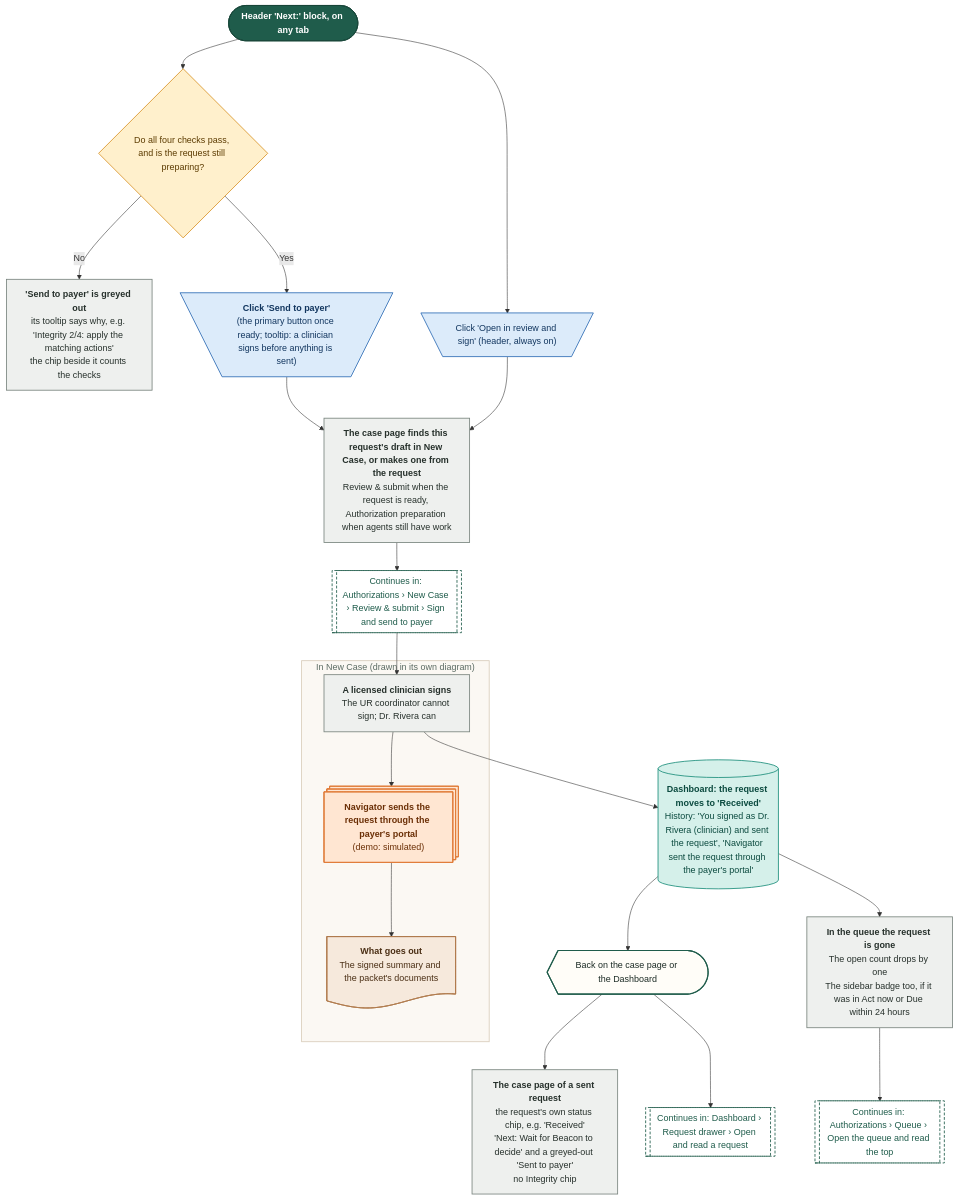
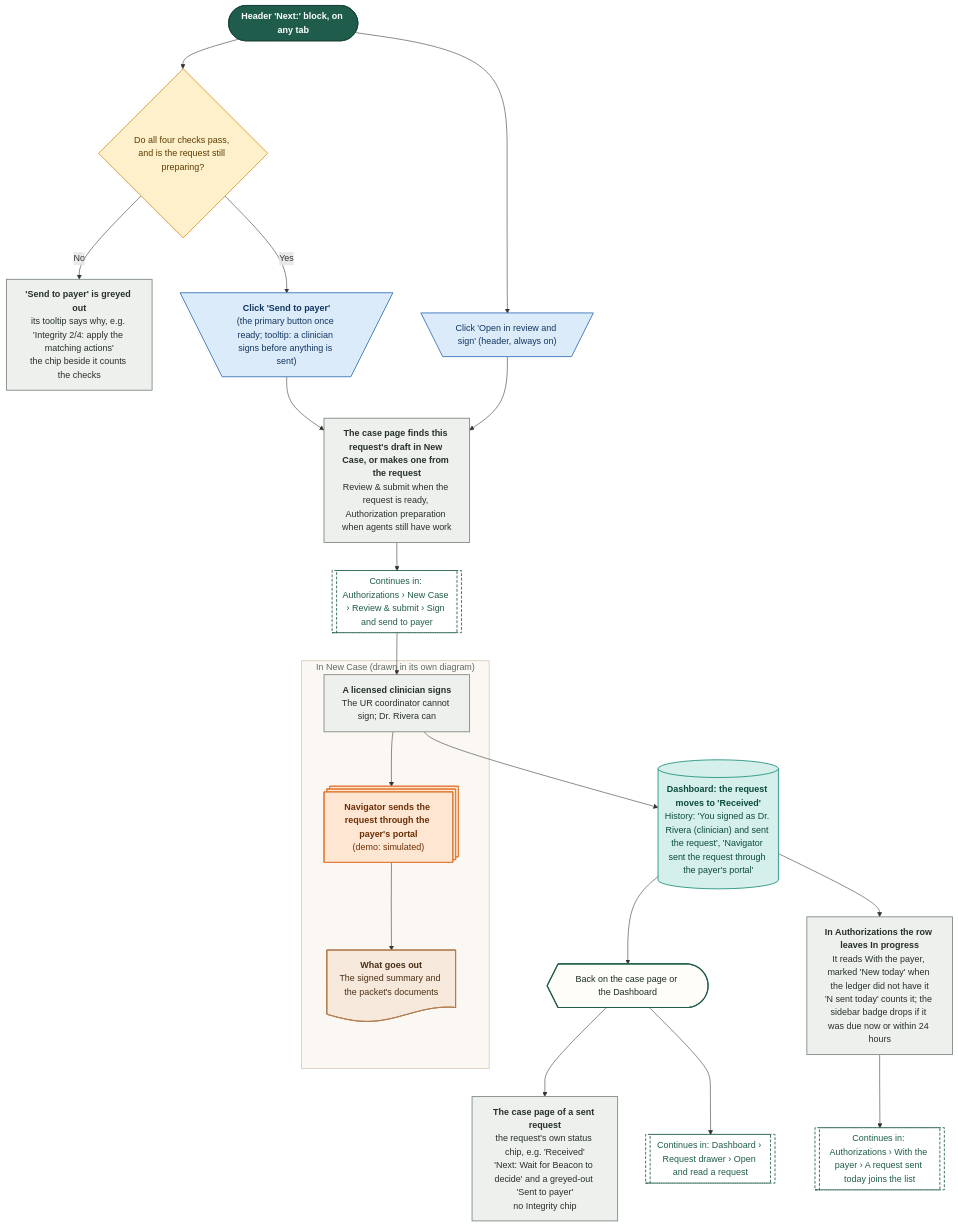
One commit to Shrav143/psyfloapp changed diagram 36 of 38 in demos/prior-auth-demo/workflows/out/md/03-authorizations.md. Above: the diagram before and after it, drawn with Mermaid. The commit also changed other lines of this file and 113 other files, not shown here.

First line of the commit message:
docs: workflow diagrams for the merged Authorizations (worklist, approved, reviews and tracked cases, sidebar arrow), every link retargeted, 336 diagrams

````diff
--- a/demos/prior-auth-demo/workflows/out/md/03-authorizations.md
+++ b/demos/prior-auth-demo/workflows/out/md/03-authorizations.md
@@ -2503,58 +2837,58 @@
 ```mermaid
 %%{init: {"theme":"base","themeVariables":{"fontFamily":"'DM Sans', 'Segoe UI', system-ui, sans-serif","fontSize":"15px","lineColor":"#5B6B63","primaryTextColor":"#1C2B25","clusterBkg":"#FBF8F3","clusterBorder":"#D9CDBB","edgeLabelBackground":"#FFFFFF"},"flowchart":{"curve":"basis","nodeSpacing":36,"rankSpacing":48,"padding":12,"htmlLabels":true,"useMaxWidth":false,"wrappingWidth":230}} }%%
 flowchart TD
   classDef k_start fill:#1F5C4B,stroke:#174638,color:#FFFFFF,stroke-width:1.5px,font-weight:600
   classDef k_end fill:#DDEFE3,stroke:#2E7D4F,color:#14502F,stroke-width:1.5px,font-weight:600
   classDef k_endx fill:#FBE3E0,stroke:#C0392B,color:#7A1F16,stroke-width:1.5px,font-weight:600
   classDef k_screen fill:#FFFDF8,stroke:#1F5C4B,color:#1C2B25,stroke-width:2px
   classDef k_overlay fill:#F1F7F3,stroke:#1F5C4B,color:#1C2B25,stroke-width:2px,stroke-dasharray:5 3
   classDef k_click fill:#DCEBFA,stroke:#2F6DB5,color:#12365F,stroke-width:1.5px
   classDef k_input fill:#E4E7FF,stroke:#4C5FD5,color:#1D2670,stroke-width:1.5px
   classDef k_process fill:#EEF0EE,stroke:#7A857F,color:#26302B,stroke-width:1.5px
   classDef k_agent fill:#EEE5FA,stroke:#7A4FC2,color:#341A63,stroke-width:1.5px
   classDef k_decision fill:#FFF0CC,stroke:#D9962B,color:#5C3B00,stroke-width:1.5px
   classDef k_store fill:#D5F0EA,stroke:#1C8E7B,color:#0B4A3F,stroke-width:1.5px
   classDef k_doc fill:#F6E9DC,stroke:#B07A4C,color:#4A2E14,stroke-width:1.5px
   classDef k_ext fill:#FFE6D2,stroke:#E07B39,color:#6B2F06,stroke-width:1.5px
   classDef k_wait fill:#E4E8EE,stroke:#6B7C93,color:#26303D,stroke-width:1.5px
   classDef k_toast fill:#FFF9DB,stroke:#C9A400,color:#5A4A00,stroke-width:1.5px
   classDef k_goto fill:#FFFFFF,stroke:#1F5C4B,color:#1F5C4B,stroke-width:1.5px,stroke-dasharray:5 3
   s1@{ shape: stadium, label: "Header 'Next:' block, on any tab" }
   dc@{ shape: diam, label: "Do all four checks pass, and is the request still preparing?" }
   off@{ shape: rect, label: "<b>'Send to payer' is greyed out</b><br/>its tooltip says why, e.g. 'Integrity 2/4: apply the matching actions'<br/>the chip beside it counts the checks" }
   sp@{ shape: trap-t, label: "<b>Click 'Send to payer'</b><br/>(the primary button once ready; tooltip: a clinician signs before anything is sent)" }
   os@{ shape: trap-t, label: "Click 'Open in review and sign' (header, always on)" }
   rp@{ shape: rect, label: "<b>The case page finds this request's draft in New Case, or makes one from the request</b><br/>Review & submit when the request is ready, Authorization preparation when agents still have work" }
   gR@{ shape: subproc, label: "Continues in: Authorizations › New Case › Review & submit › Sign and send to payer" }
   subgraph gSign ["In New Case (drawn in its own diagram)"]
   sg@{ shape: rect, label: "<b>A licensed clinician signs</b><br/>The UR coordinator cannot sign; Dr. Rivera can" }
   py@{ shape: st-rect, label: "<b>Navigator sends the request through the payer's portal</b><br/>(demo: simulated)" }
   pk@{ shape: doc, label: "<b>What goes out</b><br/>The signed summary and the packet's documents" }
   end
   rq@{ shape: cyl, label: "<b>Dashboard: the request moves to 'Received'</b><br/>History: 'You signed as Dr. Rivera (clinician) and sent the request', 'Navigator sent the request through the payer's portal'" }
   cpg@{ shape: curv-trap, label: "Back on the case page or the Dashboard" }
-  qg@{ shape: rect, label: "<b>In the queue the request is gone</b><br/>The open count drops by one<br/>The sidebar badge too, if it was in Act now or Due within 24 hours" }
+  qg@{ shape: rect, label: "<b>In Authorizations the row leaves In progress</b><br/>It reads With the payer, marked 'New today' when the ledger did not have it<br/>'N sent today' counts it; the sidebar badge drops if it was due now or within 24 hours" }
   cp@{ shape: rect, label: "<b>The case page of a sent request</b><br/>the request's own status chip, e.g. 'Received'<br/>'Next: Wait for Beacon to decide' and a greyed-out 'Sent to payer'<br/>no Integrity chip" }
   gD@{ shape: subproc, label: "Continues in: Dashboard › Request drawer › Open and read a request" }
-  gQ@{ shape: subproc, label: "Continues in: Authorizations › Queue › Open the queue and read the top" }
+  gQ@{ shape: subproc, label: "Continues in: Authorizations › With the payer › A request sent today joins the list" }
   s1 --> dc
   dc -->|"No"| off
   dc -->|"Yes"| sp --> rp
   s1 --> os --> rp
   rp --> gR
   gR --> sg --> py --> pk
   sg --> rq --> cpg
   cpg --> cp
   cpg --> gD
   rq --> qg --> gQ
   class s1 k_start
   class dc k_decision
   class off,rp,sg,qg,cp k_process
   class sp,os k_click
   class gR,gD,gQ k_goto
   class py k_ext
   class pk k_doc
   class rq k_store
   class cpg k_screen
   style gSign fill:#FBF8F3,stroke:#D9CDBB,stroke-width:1.5px,color:#5B6B63
 ```
````
